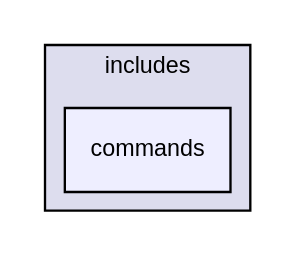
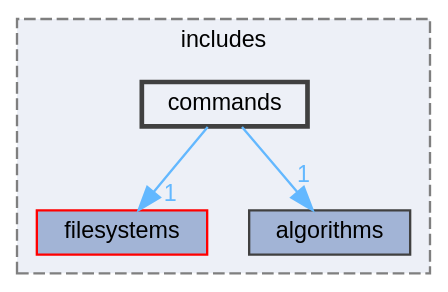
Before and after one commit to Frost-Wing/doxygen-docs: the diagram in dir_36e420847b92ecd77370211a55426d1c_dep.dot, drawn with Graphviz. The commit also changed 1093 other files, not shown here.

```diff
--- a/dir_36e420847b92ecd77370211a55426d1c_dep.dot
+++ b/dir_36e420847b92ecd77370211a55426d1c_dep.dot
@@ -1,9 +1,16 @@
-digraph "source/includes/commands" {
+digraph "source/includes/commands"
+{
+ // LATEX_PDF_SIZE
+  bgcolor="transparent";
+  edge [fontname=Helvetica,fontsize=10,labelfontname=Helvetica,labelfontsize=10];
+  node [fontname=Helvetica,fontsize=10,shape=box,height=0.2,width=0.4];
   compound=true
-  node [ fontsize="10", fontname="Helvetica"];
-  edge [ labelfontsize="10", labelfontname="Helvetica"];
   subgraph clusterdir_c9f89f587e7e777be723ee48a3df5844 {
-    graph [ bgcolor="#ddddee", pencolor="black", label="includes" fontname="Helvetica", fontsize="10", URL="dir_c9f89f587e7e777be723ee48a3df5844.html"]
-  dir_36e420847b92ecd77370211a55426d1c [shape=box, label="commands", style="filled", fillcolor="#eeeeff", pencolor="black", URL="dir_36e420847b92ecd77370211a55426d1c.html"];
+    graph [ bgcolor="#edf0f7", pencolor="grey50", label="includes", fontname=Helvetica,fontsize=10 style="filled,dashed", URL="dir_c9f89f587e7e777be723ee48a3df5844.html",tooltip=""]
+  dir_3852ad177b5f254bda380b9f1db91cef [label="filesystems", fillcolor="#a2b4d6", color="red", style="filled", URL="dir_3852ad177b5f254bda380b9f1db91cef.html",tooltip=""];
+  dir_f4ea19dae3145d7ac35840ce25c9cbc9 [label="algorithms", fillcolor="#a2b4d6", color="grey25", style="filled", URL="dir_f4ea19dae3145d7ac35840ce25c9cbc9.html",tooltip=""];
+  dir_36e420847b92ecd77370211a55426d1c [label="commands", fillcolor="#edf0f7", color="grey25", style="filled,bold", URL="dir_36e420847b92ecd77370211a55426d1c.html",tooltip=""];
   }
+  dir_36e420847b92ecd77370211a55426d1c->dir_3852ad177b5f254bda380b9f1db91cef [headlabel="1", labeldistance=1.5 headhref="dir_000002_000006.html" href="dir_000002_000006.html" color="steelblue1" fontcolor="steelblue1"];
+  dir_36e420847b92ecd77370211a55426d1c->dir_f4ea19dae3145d7ac35840ce25c9cbc9 [headlabel="1", labeldistance=1.5 headhref="dir_000002_000000.html" href="dir_000002_000000.html" color="steelblue1" fontcolor="steelblue1"];
 }
```
